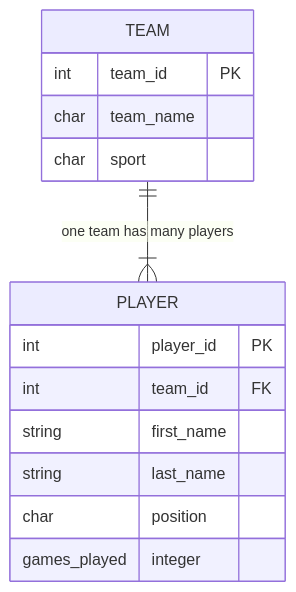
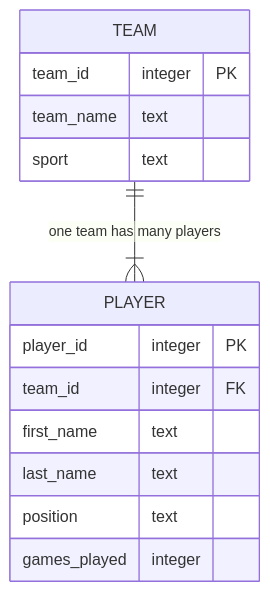
One commit to isf-dp-cs/isf-dp-cs.github.io changed the second of 2 diagrams in content/new_syllabus/unit_04_databases/01_db_programming/_index.md. Above: the diagram before and after it, drawn with Mermaid. The commit also changed 1 other file, not shown here.

Commit message:
drafting db labs

```diff
--- a/content/new_syllabus/unit_04_databases/01_db_programming/_index.md
+++ b/content/new_syllabus/unit_04_databases/01_db_programming/_index.md
@@ -105,21 +105,21 @@
 {{< mermaid >}}
 
 erDiagram
     TEAM ||--|{ PLAYER: "one team has many players"
     
     TEAM {
-        int team_id PK
-        char team_name
-        char sport
+        team_id integer PK
+        team_name text
+        sport text
     }
 
     PLAYER {
-        int player_id PK
-        int team_id FK
-        string first_name
-        string last_name
-        char position
+        player_id integer PK
+        team_id integer FK
+        first_name text
+        last_name text
+        position text
         games_played integer
     }
 
 {{< /mermaid >}}
```
